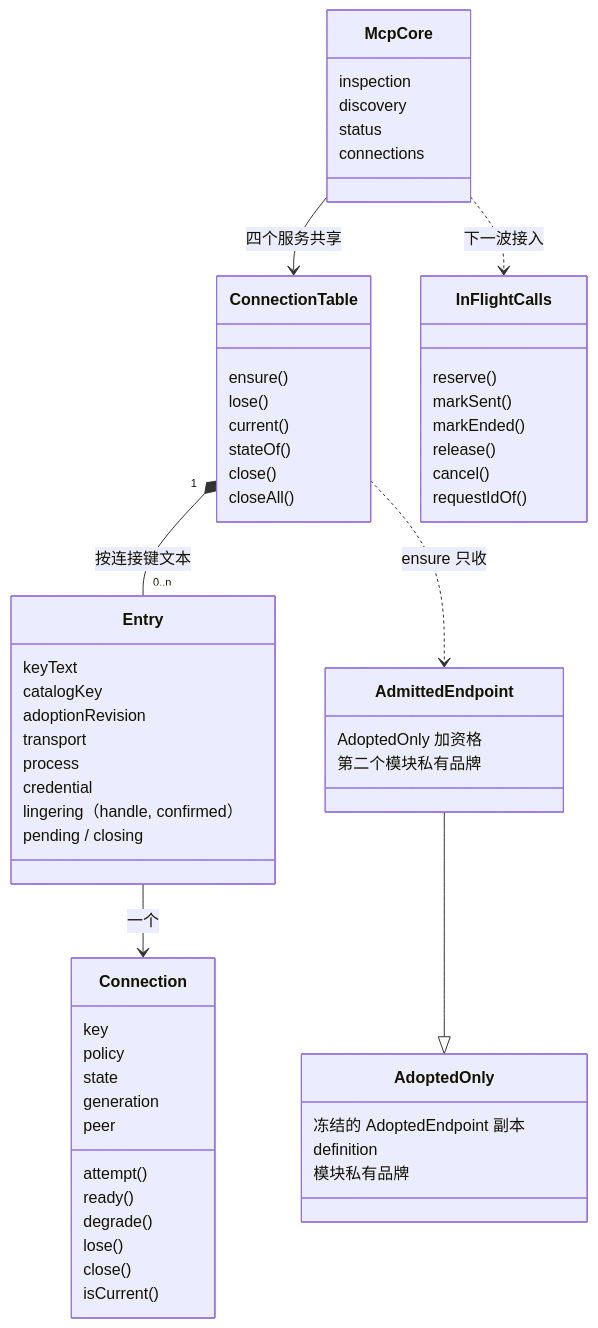
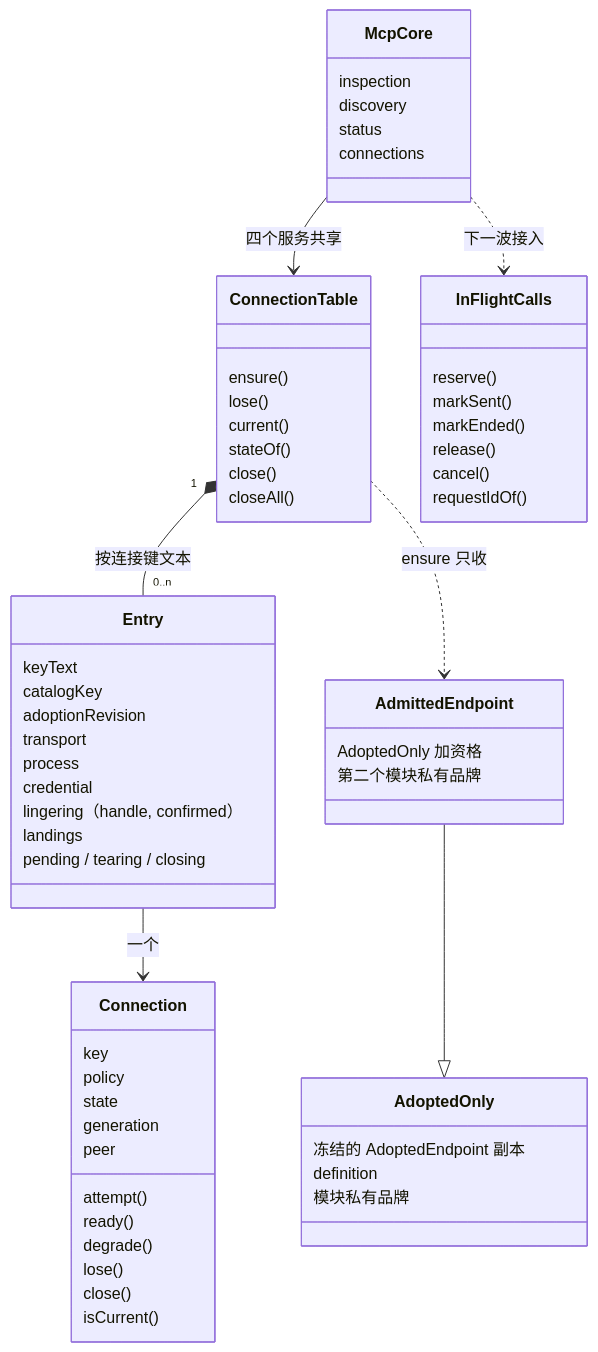
One commit to nemori-ai/omne-harness-lite changed the diagram in packages/mcp/mcp/docs/object-model.md. Above: the diagram before and after it, drawn with Mermaid. The commit also changed other lines of this file and 6 other files, not shown here.

````diff
--- a/packages/mcp/mcp/docs/object-model.md
+++ b/packages/mcp/mcp/docs/object-model.md
@@ -7,63 +7,64 @@
 ```mermaid
 classDiagram
     class McpCore {
         inspection
         discovery
         status
         connections
     }
     class ConnectionTable {
         ensure()
         lose()
         current()
         stateOf()
         close()
         closeAll()
     }
     class Entry {
         keyText
         catalogKey
         adoptionRevision
         transport
         process
         credential
         lingering（handle, confirmed）
-        pending / closing
+        landings
+        pending / tearing / closing
     }
     class Connection {
         key
         policy
         state
         generation
         peer
         attempt()
         ready()
         degrade()
         lose()
         close()
         isCurrent()
     }
     class InFlightCalls {
         reserve()
         markSent()
         markEnded()
         release()
         cancel()
         requestIdOf()
     }
     class AdoptedOnly {
         冻结的 AdoptedEndpoint 副本
         definition
         模块私有品牌
     }
     class AdmittedEndpoint {
         AdoptedOnly 加资格
         第二个模块私有品牌
     }
     AdmittedEndpoint --|> AdoptedOnly
     McpCore --> ConnectionTable : 四个服务共享
     ConnectionTable "1" *-- "0..n" Entry : 按连接键文本
     Entry --> Connection : 一个
     ConnectionTable ..> AdmittedEndpoint : ensure 只收
     McpCore ..> InFlightCalls : 下一波接入
 ```
````
